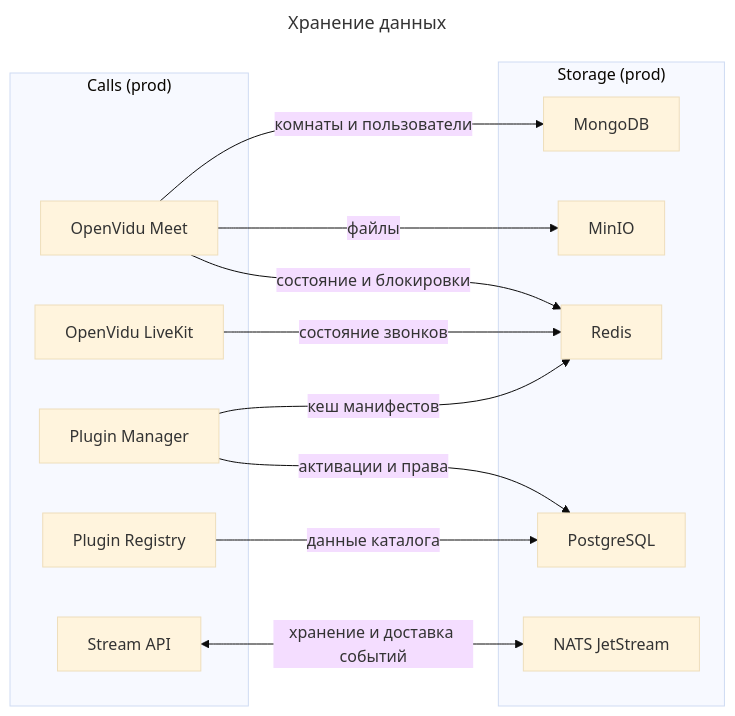
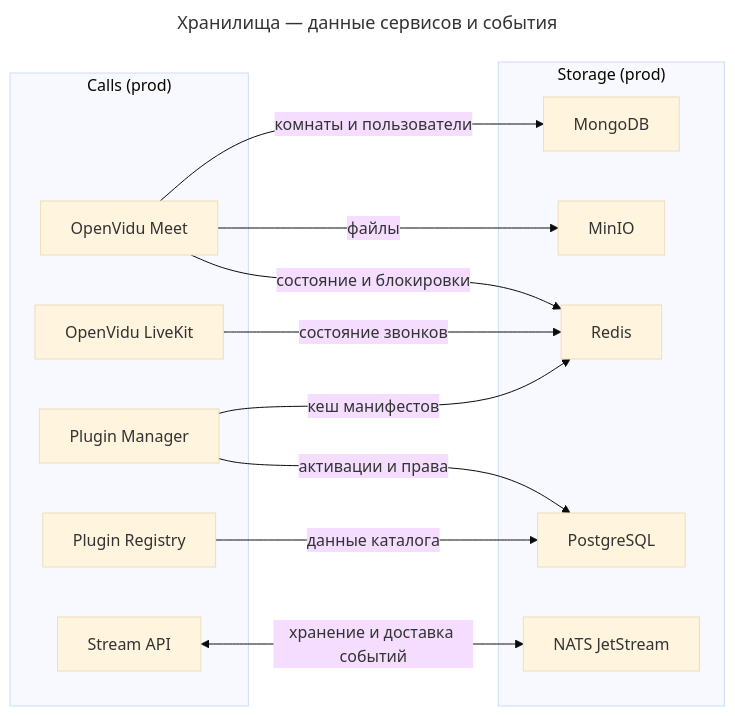
The fifth of 5 diagrams in README.md (dwspurpleteam/deployer), drawn with Mermaid (base theme) before and after one commit. The commit also changed other lines of this file, not shown here.

Commit message:
Clarify architecture diagram titles

````diff
--- a/README.md
+++ b/README.md
@@ -72,28 +72,28 @@
 ```mermaid
 ---
-title: Хранение данных
+title: Хранилища — данные сервисов и события
 ---
 flowchart LR
   subgraph calls_storage["Calls (prod)"]
     meet[OpenVidu Meet]
     openvidu[OpenVidu LiveKit]
     manager[Plugin Manager]
     registry[Plugin Registry]
     streamapi[Stream API]
   end
   subgraph storage["Storage (prod)"]
     mongodb[MongoDB]
     minio[MinIO]
     redis[Redis]
     postgres[PostgreSQL]
     nats["NATS JetStream"]
   end
   meet -->|комнаты и пользователи| mongodb
   meet -->|файлы| minio
   meet -->|состояние и блокировки| redis
   openvidu -->|состояние звонков| redis
   manager -->|кеш манифестов| redis
   manager -->|активации и права| postgres
   registry -->|данные каталога| postgres
   streamapi <-->|хранение и доставка событий| nats
 ```
````
